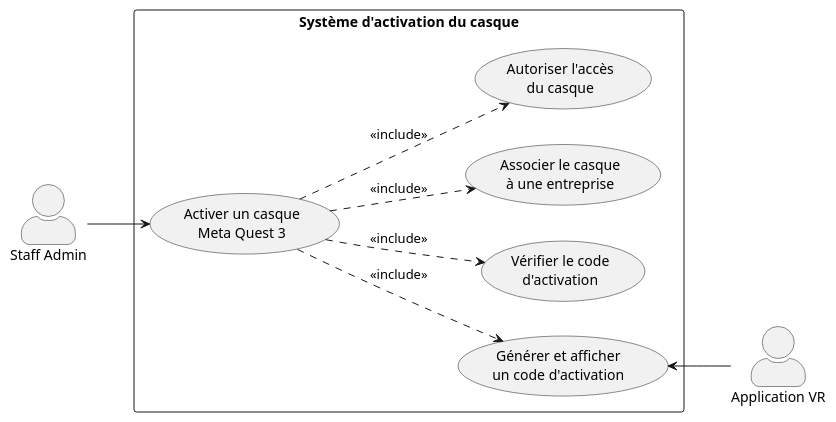
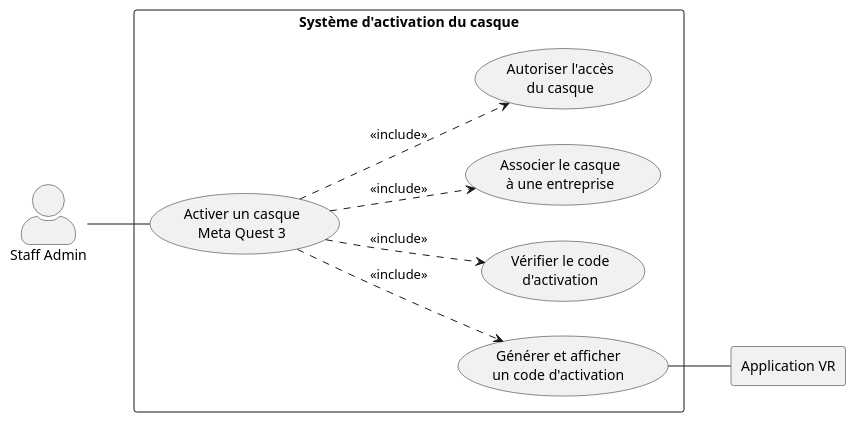
Before and after one commit to sayenjabo/TynassIt_PFE: the diagram in PUML/raffinement_activation_casque.puml, drawn with PlantUML. The commit also changed 68 other files, not shown here.

```diff
--- a/PUML/raffinement_activation_casque.puml
+++ b/PUML/raffinement_activation_casque.puml
@@ -1,29 +1,29 @@
 @startuml Raffinement_Activation_Casque
 
 left to right direction
 
 skinparam shadowing false
 skinparam defaultFontName Helvetica
 skinparam actorStyle awesome
 
 actor "Staff Admin" as Admin
-actor "Application VR" as VR 
+rectangle "Application VR" as VR 
 
 rectangle "Système d'activation du casque" {
 
     usecase "Activer un casque\nMeta Quest 3" as Activer
     usecase "Générer et afficher\nun code d'activation" as Code
     usecase "Vérifier le code\nd'activation" as Verifier
     usecase "Associer le casque\nà une entreprise" as Associer
     usecase "Autoriser l'accès\ndu casque" as Autoriser
 }
 
-Admin --> Activer
-Code <-- VR 
+Admin -- Activer
+Code -- VR 
 
 Activer ..> Code : <<include>>
 Activer ..> Verifier : <<include>>
 Activer ..> Associer : <<include>>
 Activer ..> Autoriser : <<include>>
 
 @enduml
```
